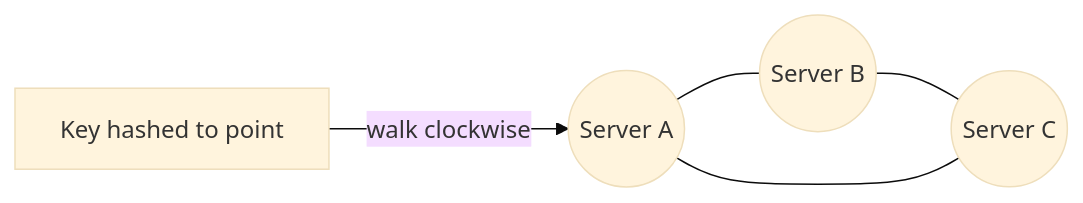
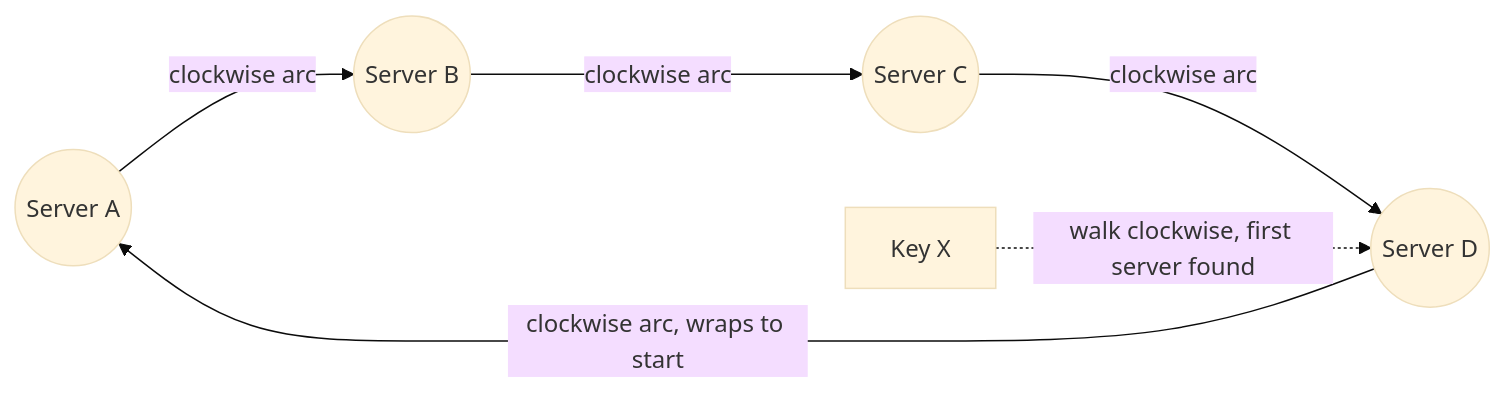
The second of 3 diagrams in HLD/06-consistent-hashing.md (nikhil-nischal/concepts), drawn with Mermaid (base theme) before and after one commit. The commit also changed other lines of this file and 12 other files, not shown here.

First line of the commit message:
HLD: add per-topic + comprehensive diagrams across notes

````diff
--- a/HLD/06-consistent-hashing.md
+++ b/HLD/06-consistent-hashing.md
@@ -48,7 +45,8 @@
 ```mermaid
-graph LR
-    K1[Key hashed to point] -->|walk clockwise| S1((Server A))
-    S1 --- S2((Server B))
-    S2 --- S3((Server C))
-    S3 --- S1
+flowchart LR
+    S1((Server A)) -->|clockwise arc| S2((Server B))
+    S2 -->|clockwise arc| S3((Server C))
+    S3 -->|clockwise arc| S4((Server D))
+    S4 -->|clockwise arc, wraps to start| S1
+    K["Key X"] -.->|walk clockwise, first server found| S4
 ```
````
